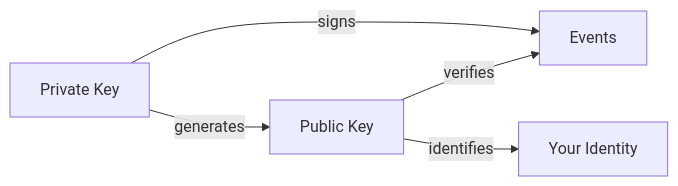
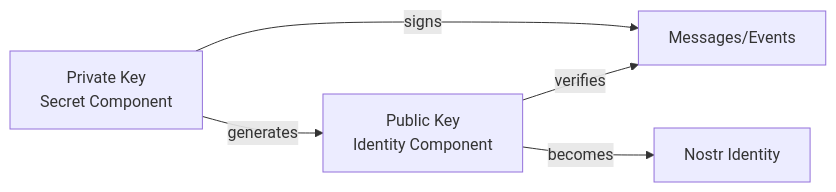
One commit to cristyalmonte/learnnostr changed the first of 2 diagrams in docs/concepts/keys.md. Above: the diagram before and after it, drawn with Mermaid. The commit also changed other lines of this file and 30 other files, not shown here.

````diff
--- a/docs/concepts/keys.md
+++ b/docs/concepts/keys.md
@@ -30,7 +28,7 @@
 ```mermaid
 graph LR
-    A[Private Key] -->|generates| B[Public Key]
-    A -->|signs| C[Events]
+    A[Private Key<br/>Secret Component] -->|generates| B[Public Key<br/>Identity Component]
+    A -->|signs| C[Messages/Events]
     B -->|verifies| C
-    B -->|identifies| D[Your Identity]
+    B -->|becomes| D[Nostr Identity]
 ```
````
